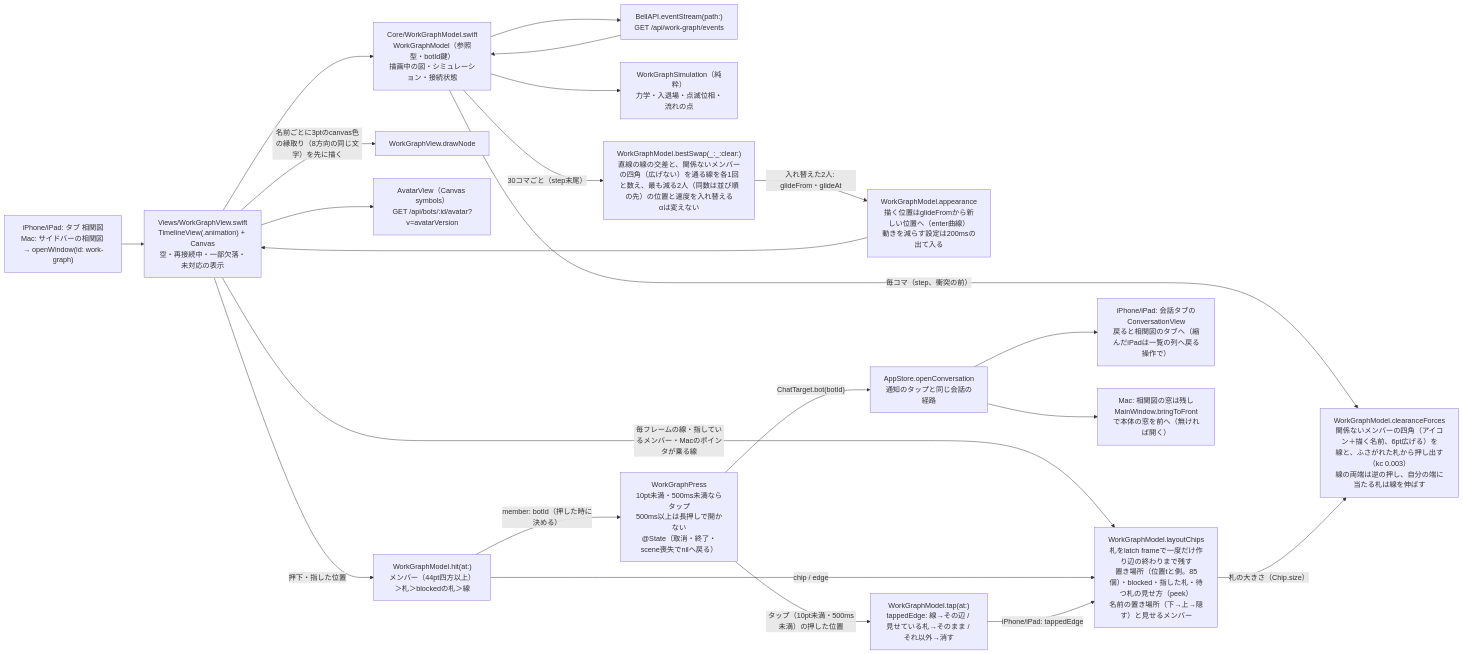
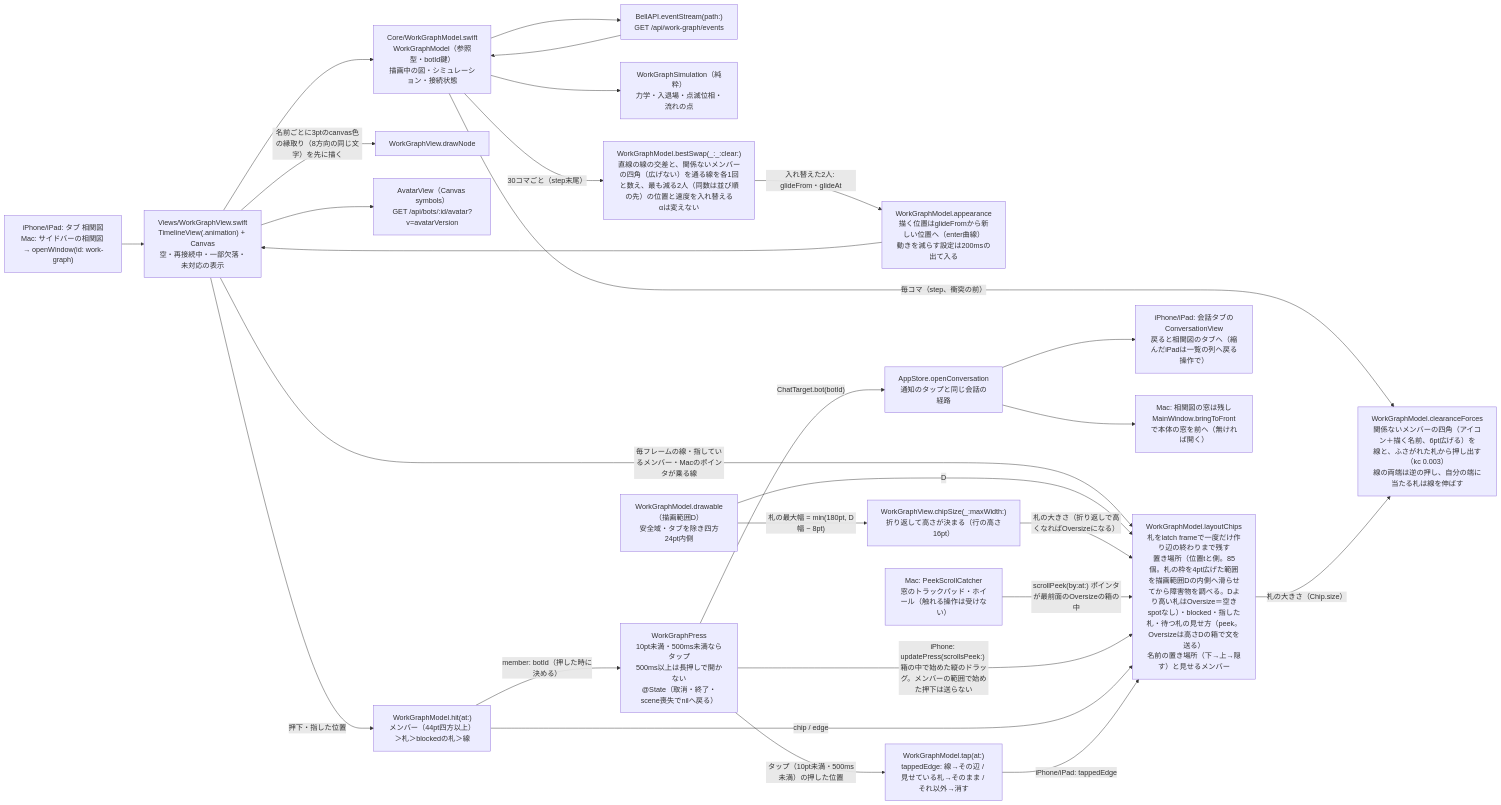
One commit to kitepon/BellTeam changed the diagram in docs/architecture/modules/apple/work-graph.md. Above: the diagram before and after it, drawn with Mermaid. The commit also changed other lines of this file and 3 other files, not shown here.

First line of the commit message:
work-graph (Apple): keep chips inside the drawable rect, scroll oversize chips in their peek

````diff
--- a/docs/architecture/modules/apple/work-graph.md
+++ b/docs/architecture/modules/apple/work-graph.md
@@ -7,24 +7,29 @@
 ```mermaid
 flowchart LR
   Nav["iPhone/iPad: タブ 相関図<br/>Mac: サイドバーの相関図 → openWindow(id: work-graph)"] --> View["Views/WorkGraphView.swift<br/>TimelineView(.animation) + Canvas<br/>空・再接続中・一部欠落・未対応の表示"]
   View --> Model["Core/WorkGraphModel.swift<br/>WorkGraphModel（参照型・botId鍵）<br/>描画中の図・シミュレーション・接続状態"]
   Model --> Stream["BellAPI.eventStream(path:)<br/>GET /api/work-graph/events"]
   Stream --> Model
   Model --> Sim["WorkGraphSimulation（純粋）<br/>力学・入退場・点滅位相・流れの点"]
   Model -->|"毎コマ（step、衝突の前）"| Clear["WorkGraphModel.clearanceForces<br/>関係ないメンバーの四角（アイコン＋描く名前、6pt広げる）を<br/>線と、ふさがれた札から押し出す（kc 0.003）<br/>線の両端は逆の押し、自分の端に当たる札は線を伸ばす"]
   Chips -->|"札の大きさ（Chip.size）"| Clear
   Model -->|"30コマごと（step末尾）"| Uncross["WorkGraphModel.bestSwap(_:_:clear:)<br/>直線の線の交差と、関係ないメンバーの四角（広げない）を通る線を各1回と数え、最も減る2人（同数は並び順の先）の位置と速度を入れ替える<br/>αは変えない"]
   Uncross -->|"入れ替えた2人: glideFrom・glideAt"| Look["WorkGraphModel.appearance<br/>描く位置はglideFromから新しい位置へ（enter曲線）<br/>動きを減らす設定は200msの出て入る"]
   Look --> View
   View -->|"名前ごとに3ptのcanvas色の縁取り（8方向の同じ文字）を先に描く"| Halo["WorkGraphView.drawNode"]
   View --> Avatar["AvatarView（Canvas symbols）<br/>GET /api/bots/:id/avatar?v=avatarVersion"]
-  View -->|"毎フレームの線・指しているメンバー・Macのポインタが乗る線"| Chips["WorkGraphModel.layoutChips<br/>札をlatch frameで一度だけ作り辺の終わりまで残す<br/>置き場所（位置tと側。85個）・blocked・指した札・待つ札の見せ方（peek）<br/>名前の置き場所（下→上→隠す）と見せるメンバー"]
+  View -->|"毎フレームの線・指しているメンバー・Macのポインタが乗る線"| Chips["WorkGraphModel.layoutChips<br/>札をlatch frameで一度だけ作り辺の終わりまで残す<br/>置き場所（位置tと側。85個。札の枠を4pt広げた範囲を描画範囲Dの内側へ滑らせてから障害物を調べる。Dより高い札はOversize＝空きspotなし）・blocked・指した札・待つ札の見せ方（peek。Oversizeは高さDの箱で文を送る）<br/>名前の置き場所（下→上→隠す）と見せるメンバー"]
+  Drawable["WorkGraphModel.drawable（描画範囲D）<br/>安全域・タブを除き四方24pt内側"] -->|"D"| Chips
+  Drawable -->|"札の最大幅 = min(180pt, D幅 − 8pt)"| Measure["WorkGraphView.chipSize(_:maxWidth:)<br/>折り返して高さが決まる（行の高さ16pt）"]
+  Measure -->|"札の大きさ（折り返しで高くなればOversizeになる）"| Chips
+  Wheel["Mac: PeekScrollCatcher<br/>窓のトラックパッド・ホイール（触れる操作は受けない）"] -->|"scrollPeek(by:at:) ポインタが最前面のOversizeの箱の中"| Chips
+  Press -->|"iPhone: updatePress(scrollsPeek:) 箱の中で始めた縦のドラッグ。メンバーの範囲で始めた押下は送らない"| Chips
   View -->|"押下・指した位置"| Hit["WorkGraphModel.hit(at:)<br/>メンバー（44pt四方以上）＞札＞blockedの札＞線"]
   Hit -->|"member: botId（押した時に決める）"| Press["WorkGraphPress<br/>10pt未満・500ms未満ならタップ<br/>500ms以上は長押しで開かない<br/>@State（取消・終了・scene喪失でnilへ戻る）"]
   Hit -->|"chip / edge"| Chips
   Press -->|"タップ（10pt未満・500ms未満）の押した位置"| Tap["WorkGraphModel.tap(at:)<br/>tappedEdge: 線→その辺 / 見せている札→そのまま / それ以外→消す"]
   Tap -->|"iPhone/iPad: tappedEdge"| Chips
   Press -->|"ChatTarget.bot(botId)"| Route["AppStore.openConversation<br/>通知のタップと同じ会話の経路"]
   Route --> Chat["iPhone/iPad: 会話タブのConversationView<br/>戻ると相関図のタブへ（縮んだiPadは一覧の列へ戻る操作で）"]
   Route --> Main["Mac: 相関図の窓は残し<br/>MainWindow.bringToFrontで本体の窓を前へ（無ければ開く）"]
 ```
````
